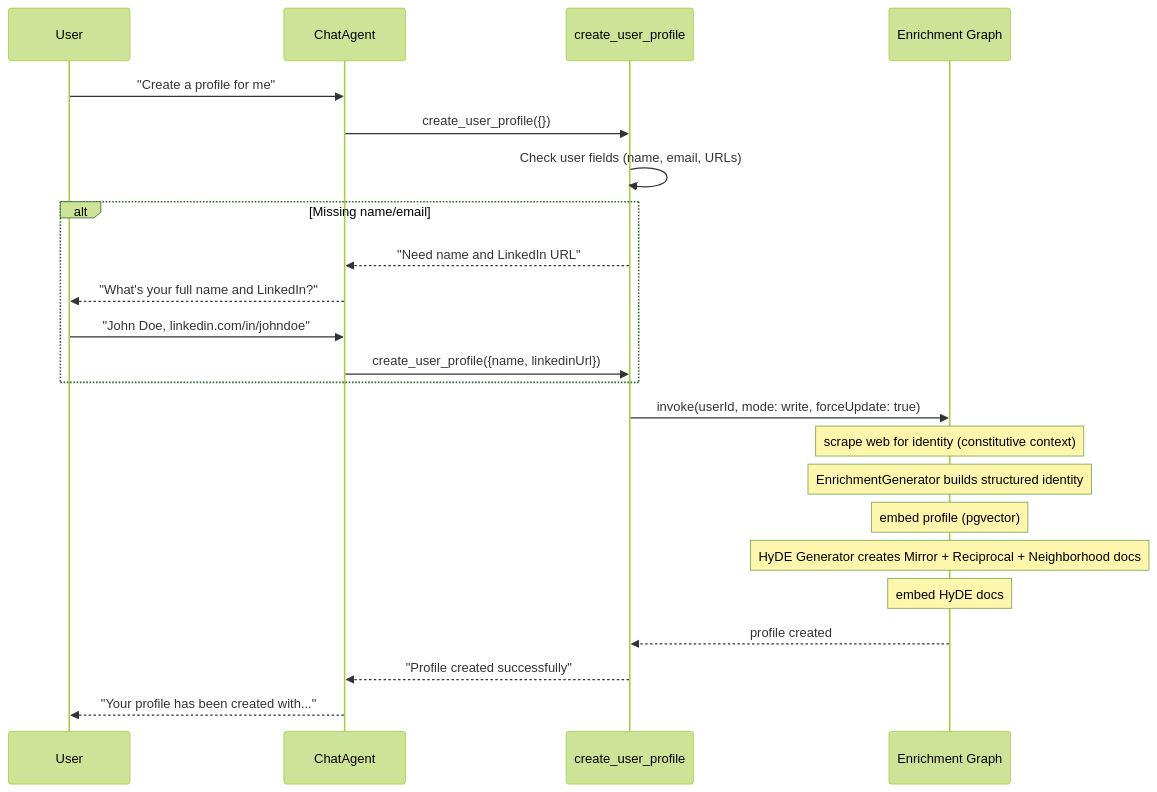
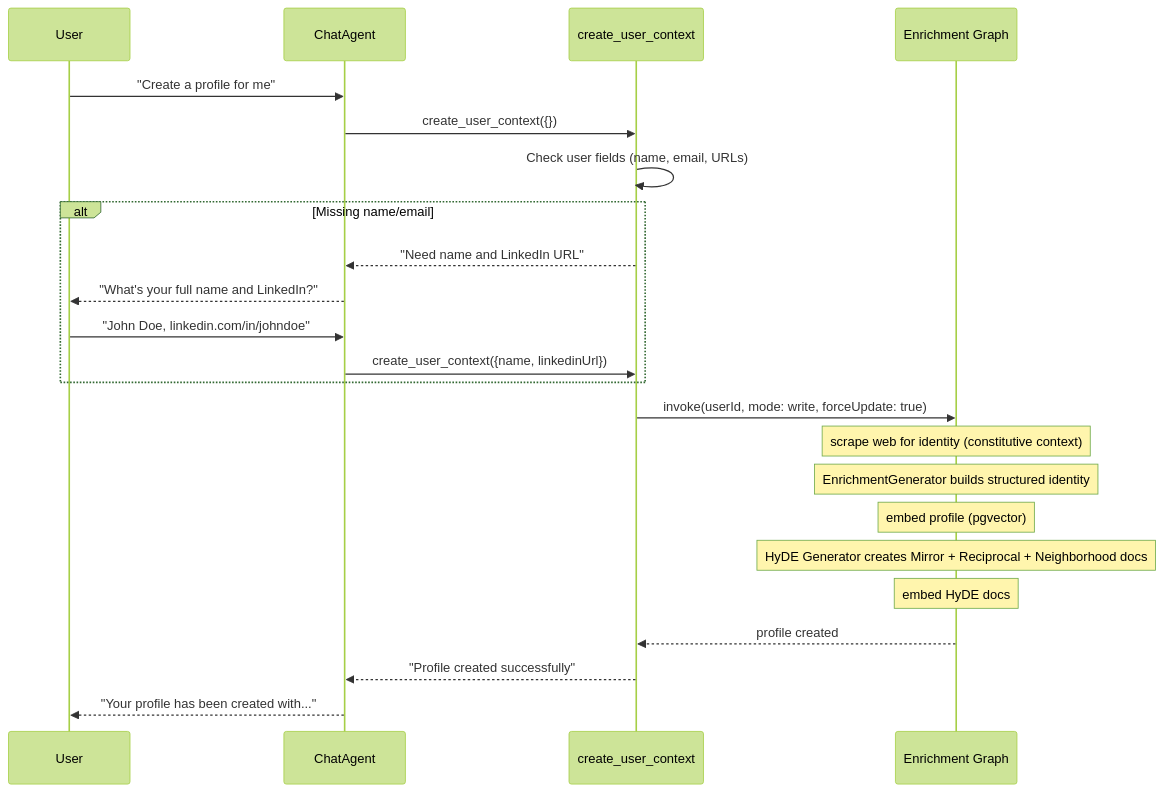
One commit to indexnetwork/index changed the third of 5 diagrams in packages/protocol/src/README.md. Above: the diagram before and after it, drawn with Mermaid (forest theme). The commit also changed other lines of this file and 31 other files, not shown here.

````diff
--- a/packages/protocol/src/README.md
+++ b/packages/protocol/src/README.md
@@ -214,26 +214,26 @@
 ```mermaid
 sequenceDiagram
     participant User
     participant Agent as ChatAgent
-    participant PT as create_user_profile
+    participant PT as create_user_context
     participant PG as Enrichment Graph
 
     User->>Agent: "Create a profile for me"
-    Agent->>PT: create_user_profile({})
+    Agent->>PT: create_user_context({})
     PT->>PT: Check user fields (name, email, URLs)
     alt Missing name/email
         PT-->>Agent: "Need name and LinkedIn URL"
         Agent-->>User: "What's your full name and LinkedIn?"
         User->>Agent: "John Doe, linkedin.com/in/johndoe"
-        Agent->>PT: create_user_profile({name, linkedinUrl})
+        Agent->>PT: create_user_context({name, linkedinUrl})
     end
     PT->>PG: invoke(userId, mode: write, forceUpdate: true)
     Note over PG: scrape web for identity (constitutive context)
     Note over PG: EnrichmentGenerator builds structured identity
     Note over PG: embed profile (pgvector)
     Note over PG: HyDE Generator creates Mirror + Reciprocal + Neighborhood docs
     Note over PG: embed HyDE docs
     PG-->>PT: profile created
     PT-->>Agent: "Profile created successfully"
     Agent-->>User: "Your profile has been created with..."
 ```
````
